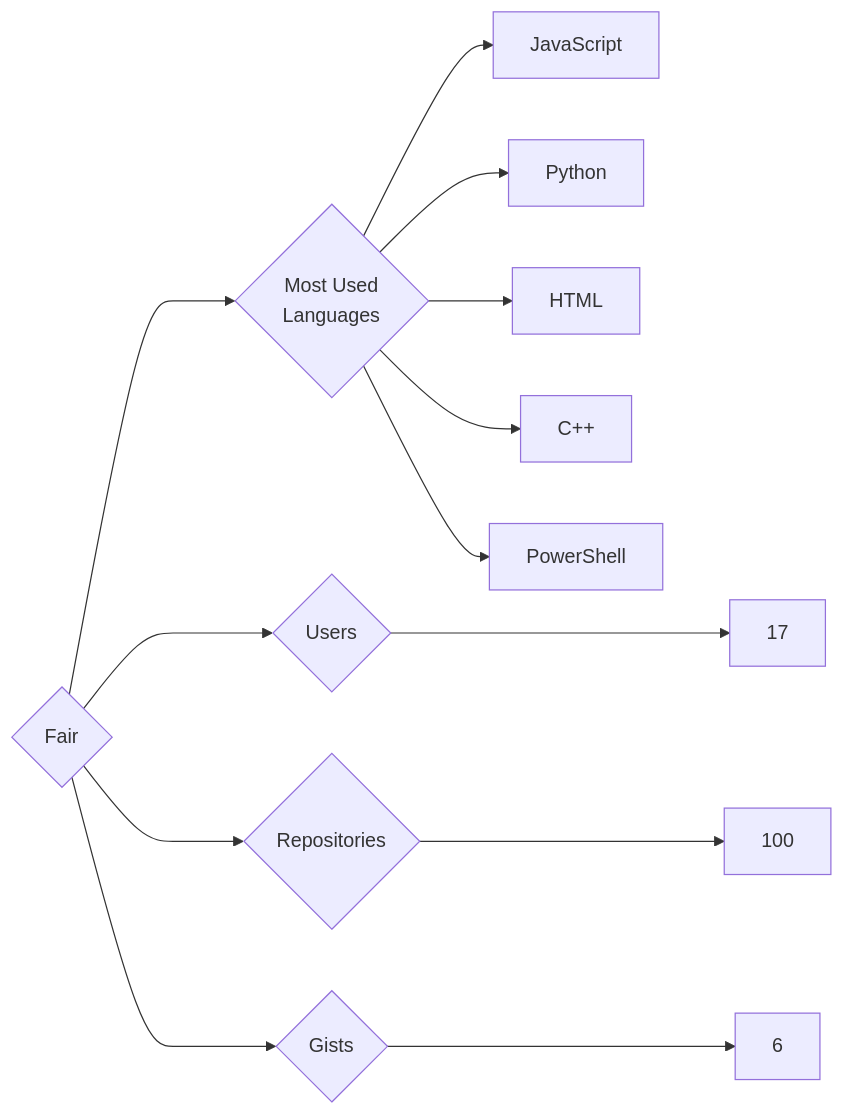
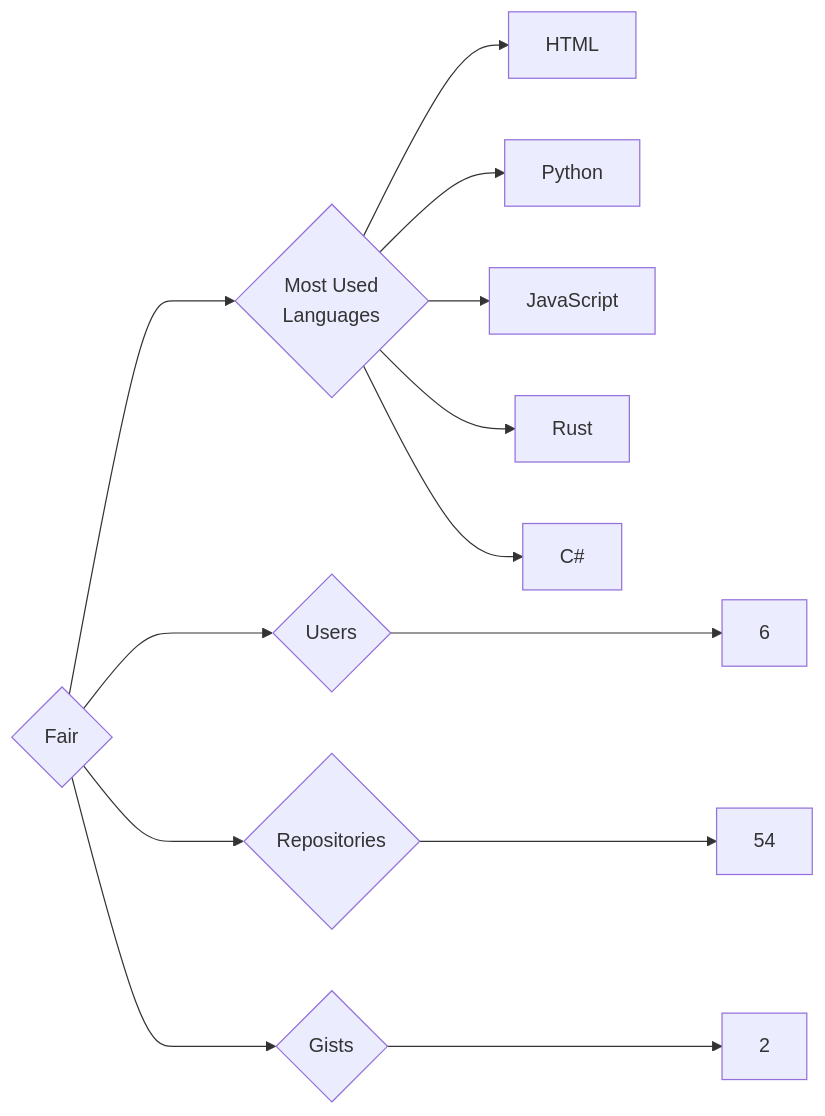
Before and after one commit to trickest/insiders: the diagram in targets/Fair/README.md, drawn with Mermaid. The commit also changed 639 other files, not shown here.

````diff
--- a/targets/Fair/README.md
+++ b/targets/Fair/README.md
@@ -3,13 +3,13 @@
 ```mermaid
 graph LR
 COMPANY_NAME{Fair}
-COMPANY_NAME ---> U{Users} ---> UN[17]
-COMPANY_NAME ---> R{Repositories} ---> RN[100]
-COMPANY_NAME ---> G{Gists} ---> GN[6]
+COMPANY_NAME ---> U{Users} ---> UN[6]
+COMPANY_NAME ---> R{Repositories} ---> RN[54]
+COMPANY_NAME ---> G{Gists} ---> GN[2]
 COMPANY_NAME ---> ML{Most Used<br>Languages}
+ML --> HTML[HTML]
+ML --> Python[Python]
 ML --> JavaScript[JavaScript]
-ML --> Python[Python]
-ML --> HTML[HTML]
-ML --> C++[C++]
-ML --> PowerShell[PowerShell]
+ML --> Rust[Rust]
+ML --> C#[C#]
 ```
````
